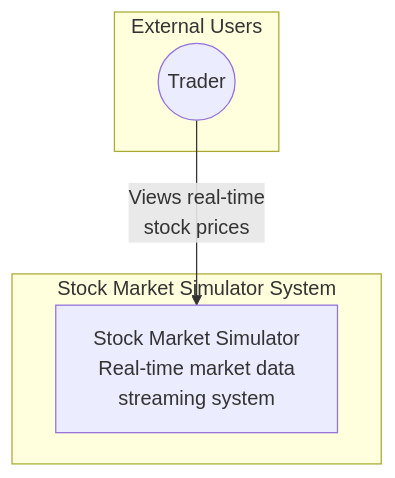
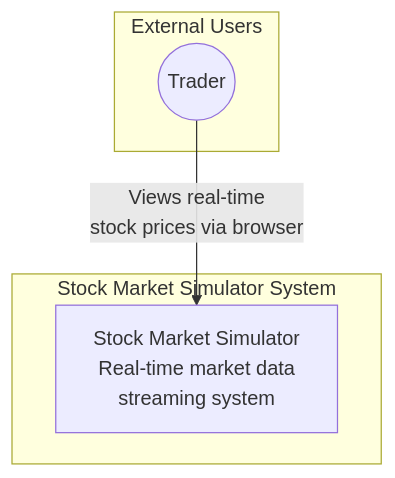
The first of 10 diagrams in hugo-site/content/projects/stock-market-simulator/index.md (raj-champion-trader/rajchampaneriya.github.io), drawn with Mermaid before and after one commit. The commit also changed other lines of this file and 4 other files, not shown here.

First line of the commit message:
Enhance Stock Market Simulator documentation and architecture details

````diff
--- a/hugo-site/content/projects/stock-market-simulator/index.md
+++ b/hugo-site/content/projects/stock-market-simulator/index.md
@@ -43,12 +45,12 @@
 ```mermaid
 flowchart TB
     subgraph External_Users["External Users"]
         Trader((Trader))
     end
 
     subgraph Stock_Market_Simulator["Stock Market Simulator System"]
         System[Stock Market Simulator<br/>Real-time market data<br/>streaming system]
     end
 
-    Trader -->|Views real-time<br/>stock prices| System
+    Trader -->|Views real-time<br/>stock prices via browser| System
 ```
````
